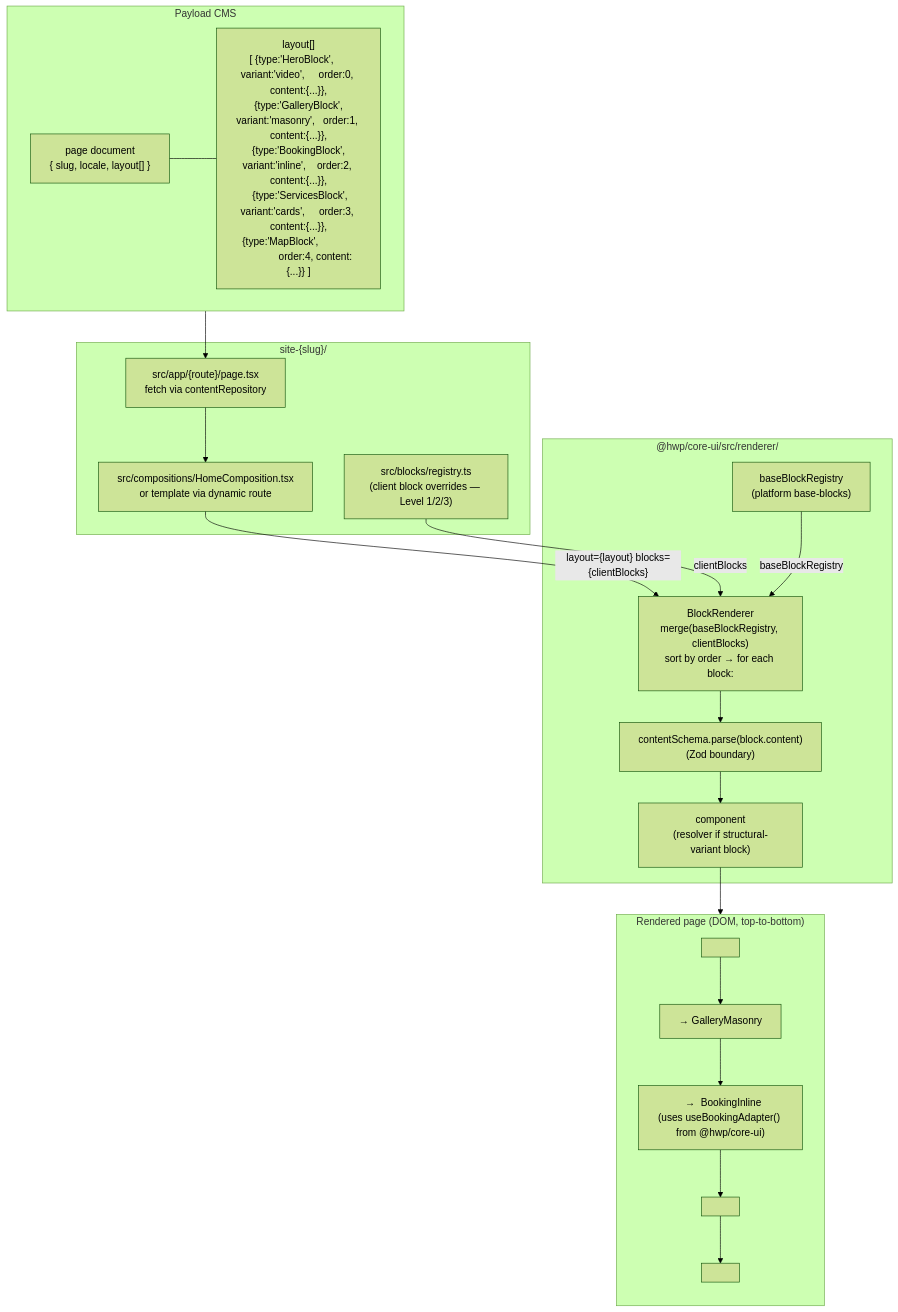
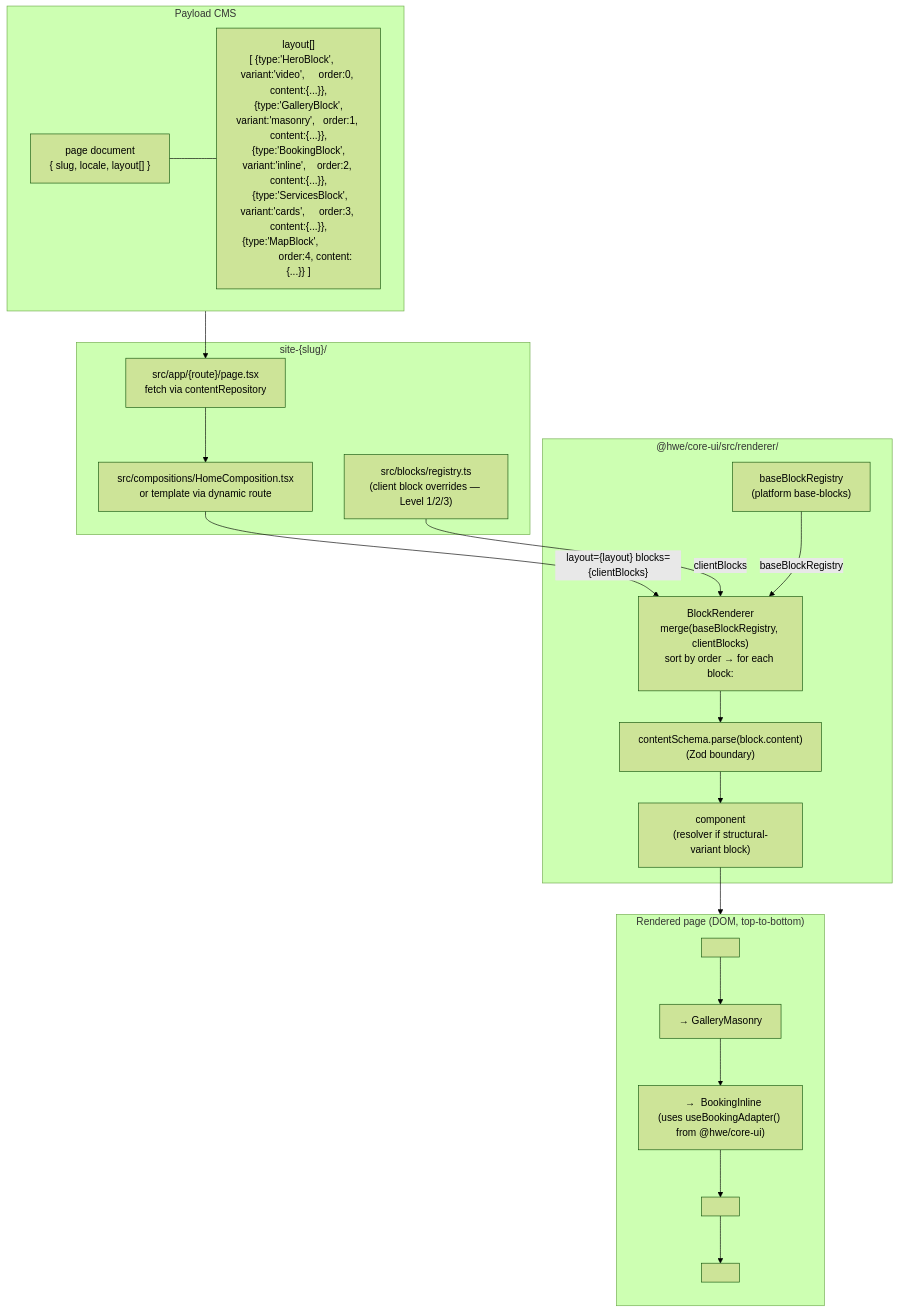
The diagram in docs/diagrams/page-tetris.md (AD-Web-Headless-IA/hwe-tools), drawn with Mermaid (forest theme) before and after one commit. The commit also changed other lines of this file and 90 other files, not shown here.

Commit message:
modificadas referencias de hwp a hwe

````diff
--- a/docs/diagrams/page-tetris.md
+++ b/docs/diagrams/page-tetris.md
@@ -7,39 +7,39 @@
 ```mermaid
 flowchart TB
   subgraph cms["Payload CMS"]
     page["page document\n{ slug, locale, layout[] }"]
     layout["layout[]\n[ {type:'HeroBlock',     variant:'video',     order:0, content:{...}},\n  {type:'GalleryBlock',  variant:'masonry',   order:1, content:{...}},\n  {type:'BookingBlock',  variant:'inline',    order:2, content:{...}},\n  {type:'ServicesBlock', variant:'cards',     order:3, content:{...}},\n  {type:'MapBlock',                           order:4, content:{...}} ]"]
     page --- layout
   end
 
   subgraph client_repo["site-{slug}/"]
     route["src/app/{route}/page.tsx\nfetch via contentRepository"]
     composition["src/compositions/HomeComposition.tsx\nor template via dynamic route"]
     client_registry["src/blocks/registry.ts\n(client block overrides — Level 1/2/3)"]
   end
 
-  subgraph render["@hwp/core-ui/src/renderer/"]
+  subgraph render["@hwe/core-ui/src/renderer/"]
     blockrenderer["BlockRenderer\nmerge(baseBlockRegistry, clientBlocks)\nsort by order → for each block:"]
     base_registry["baseBlockRegistry\n(platform base-blocks)"]
     parse["contentSchema.parse(block.content)\n(Zod boundary)"]
     resolve["component\n(resolver if structural-variant block)"]
   end
 
   subgraph dom["Rendered page (DOM, top-to-bottom)"]
     direction TB
     hero["<HeroBlock variant=video>"]
     gallery["<GalleryBlock variant=masonry>  →  GalleryMasonry"]
-    booking["<BookingBlock variant=inline>  →  BookingInline\n(uses useBookingAdapter() from @hwp/core-ui)"]
+    booking["<BookingBlock variant=inline>  →  BookingInline\n(uses useBookingAdapter() from @hwe/core-ui)"]
     services["<ServicesBlock variant=cards>"]
     map["<MapBlock>"]
     hero --> gallery --> booking --> services --> map
   end
 
   cms --> route
   route --> composition
   composition -- "layout={layout} blocks={clientBlocks}" --> blockrenderer
   client_registry -- clientBlocks --> blockrenderer
   base_registry -- baseBlockRegistry --> blockrenderer
   blockrenderer --> parse --> resolve
   resolve --> dom
 ```
````
